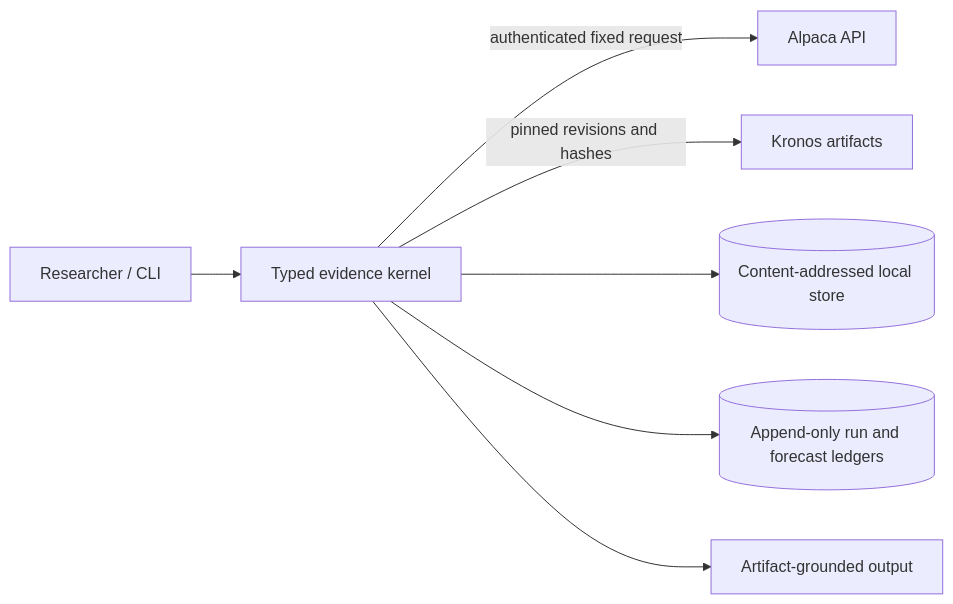
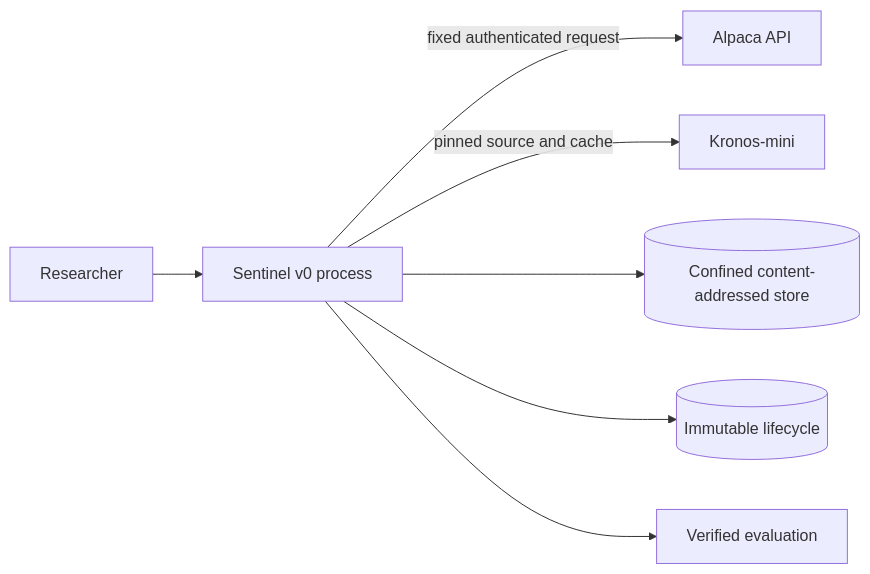
Before and after one commit to ThomasCaruso/OpenAlpha: the diagram in docs/THREAT_MODEL.md, drawn with Mermaid. The commit also changed other lines of this file and 27 other files, not shown here.

````diff
--- a/docs/THREAT_MODEL.md
+++ b/docs/THREAT_MODEL.md
@@ -9,9 +9,9 @@
 ```mermaid
 flowchart LR
-    User[Researcher / CLI] --> Kernel[Typed evidence kernel]
-    Kernel -->|authenticated fixed request| Alpaca[Alpaca API]
-    Kernel -->|pinned revisions and hashes| Kronos[Kronos artifacts]
-    Kernel --> Store[(Content-addressed local store)]
-    Kernel --> Journal[(Append-only run and forecast ledgers)]
-    Kernel --> Report[Artifact-grounded output]
+    Researcher --> Sentinel[Sentinel v0 process]
+    Sentinel -->|fixed authenticated request| Alpaca[Alpaca API]
+    Sentinel -->|pinned source and cache| Kronos[Kronos-mini]
+    Sentinel --> Artifacts[(Confined content-addressed store)]
+    Sentinel --> Journal[(Immutable lifecycle)]
+    Sentinel --> Report[Verified evaluation]
 ```
````
